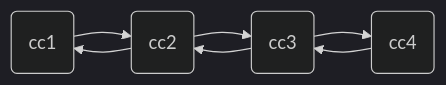
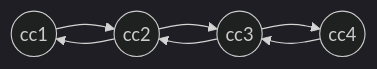
Before and after one commit to DevFzn/Oracle_One-Alura_Latam: the second of 6 diagrams in 008_java_oo/java_util.md, drawn with Mermaid. The commit also changed other lines of this file and 34 other files, not shown here.

````diff
--- a/008_java_oo/java_util.md
+++ b/008_java_oo/java_util.md
@@ -434,7 +434,7 @@
 ```mermaid
 %%{init: {'theme': 'dark','themeVariables': {'clusterBkg': '#2b2f38'}}}%%
 graph LR
-    c1(cc1)-->c2(cc2)-->c1
-    c2-->c3(cc3)-->c2
-    c3-->c4(cc4)-->c3
+    c1((cc1))-->c2((cc2))-->c1
+    c2-->c3((cc3))-->c2
+    c3-->c4((cc4))-->c3
 ```
````
